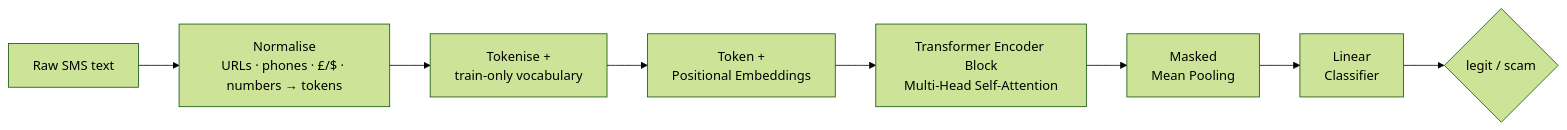
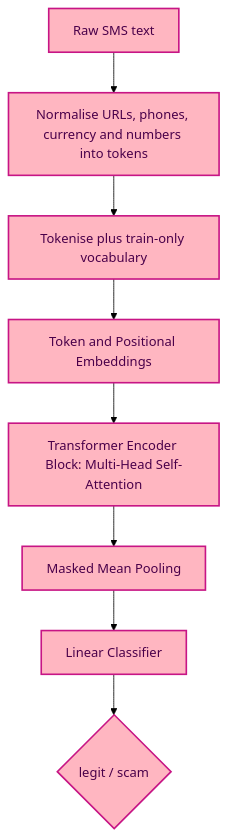
Before and after one commit to AliyahAlabdali/SMS-Scam-Detection-Transformer: the diagram in README.md, drawn with Mermaid (forest theme). The commit also changed other lines of this file, not shown here.

Commit message:
Modify README badges and demo image
Updated badge colors and demo image format in README.

````diff
--- a/README.md
+++ b/README.md
@@ -69,10 +67,13 @@
 ```mermaid
-flowchart LR
-    A["Raw SMS text"] --> B["Normalise<br/>URLs · phones · £/$ · numbers → tokens"]
-    B --> C["Tokenise +<br/>train-only vocabulary"]
-    C --> D["Token +<br/>Positional Embeddings"]
-    D --> E["Transformer Encoder Block<br/>Multi-Head Self-Attention"]
-    E --> F["Masked<br/>Mean Pooling"]
-    F --> G["Linear<br/>Classifier"]
-    G --> H{"legit / scam"}
+flowchart TD
+    A[Raw SMS text] --> B[Normalise URLs, phones, currency and numbers into tokens]
+    B --> C[Tokenise plus train-only vocabulary]
+    C --> D[Token and Positional Embeddings]
+    D --> E[Transformer Encoder Block: Multi-Head Self-Attention]
+    E --> F[Masked Mean Pooling]
+    F --> G[Linear Classifier]
+    G --> H{legit / scam}
+
+    classDef pink fill:#FFB6C1,stroke:#C71585,stroke-width:2px,color:#4a004a;
+    class A,B,C,D,E,F,G,H pink;
 ```
````
